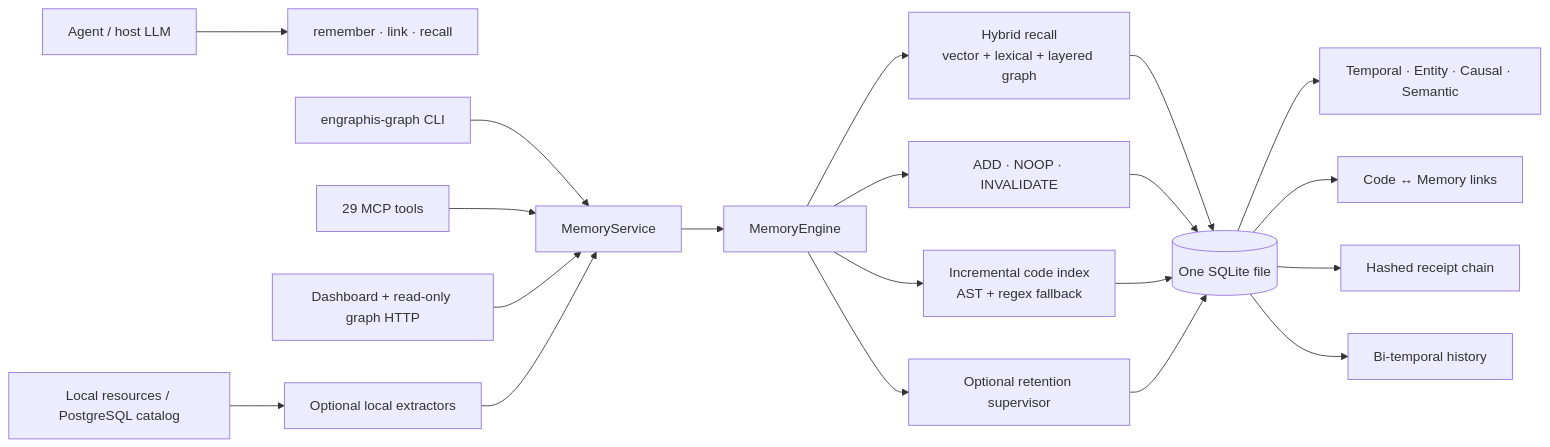
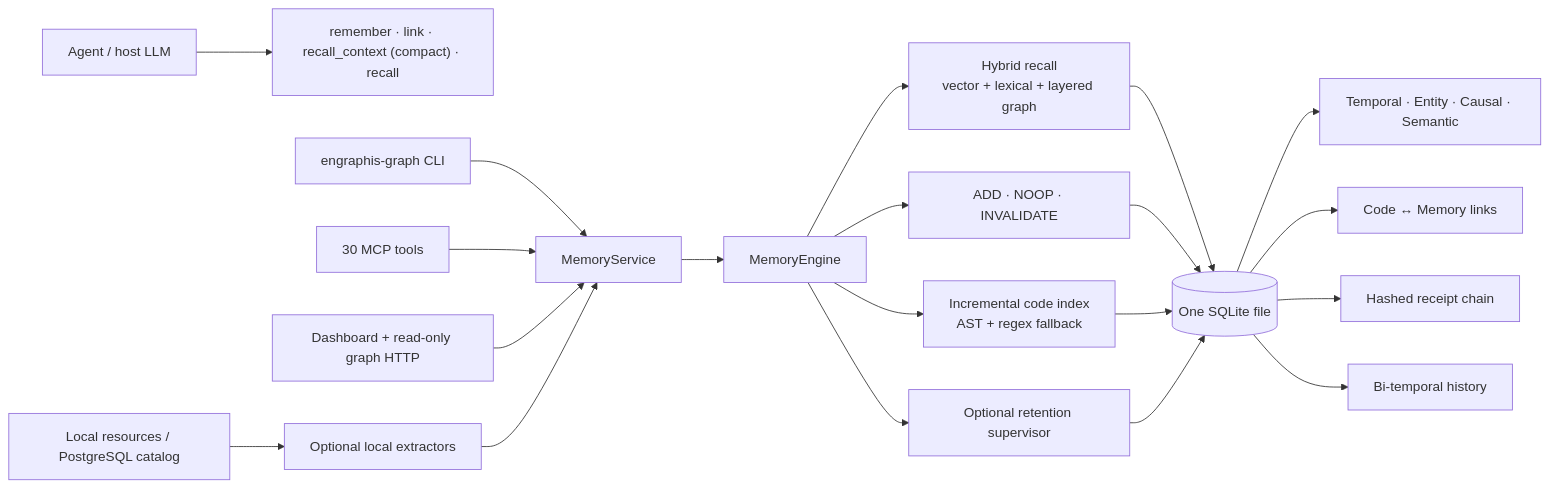
Before and after one commit to Coding-Dev-Tools/engraphis: the diagram in docs/ARCHITECTURE_V3.md, drawn with Mermaid. The commit also changed 118 other files, not shown here.

````diff
--- a/docs/ARCHITECTURE_V3.md
+++ b/docs/ARCHITECTURE_V3.md
@@ -6,25 +6,25 @@
 ```mermaid
 flowchart LR
-    Agent["Agent / host LLM"] --> Intent["remember · link · recall"]
+    Agent["Agent / host LLM"] --> Intent["remember · link · recall_context (compact) · recall"]
     CLI["engraphis-graph CLI"] --> Service["MemoryService"]
-    MCP["29 MCP tools"] --> Service
+    MCP["30 MCP tools"] --> Service
     HTTP["Dashboard + read-only graph HTTP"] --> Service
     Import["Local resources / PostgreSQL catalog"] --> Extractors["Optional local extractors"]
     Extractors --> Service
 
     Service --> Engine["MemoryEngine"]
     Engine --> Recall["Hybrid recall\nvector + lexical + layered graph"]
     Engine --> Resolver["ADD · NOOP · INVALIDATE"]
     Engine --> Code["Incremental code index\nAST + regex fallback"]
     Engine --> Retention["Optional retention supervisor"]
 
     Recall --> SQLite[("One SQLite file")]
     Resolver --> SQLite
     Code --> SQLite
     Retention --> SQLite
 
     SQLite --> Layers["Temporal · Entity · Causal · Semantic"]
     SQLite --> Bridge["Code ↔ Memory links"]
     SQLite --> Receipts["Hashed receipt chain"]
     SQLite --> History["Bi-temporal history"]
 ```
````
